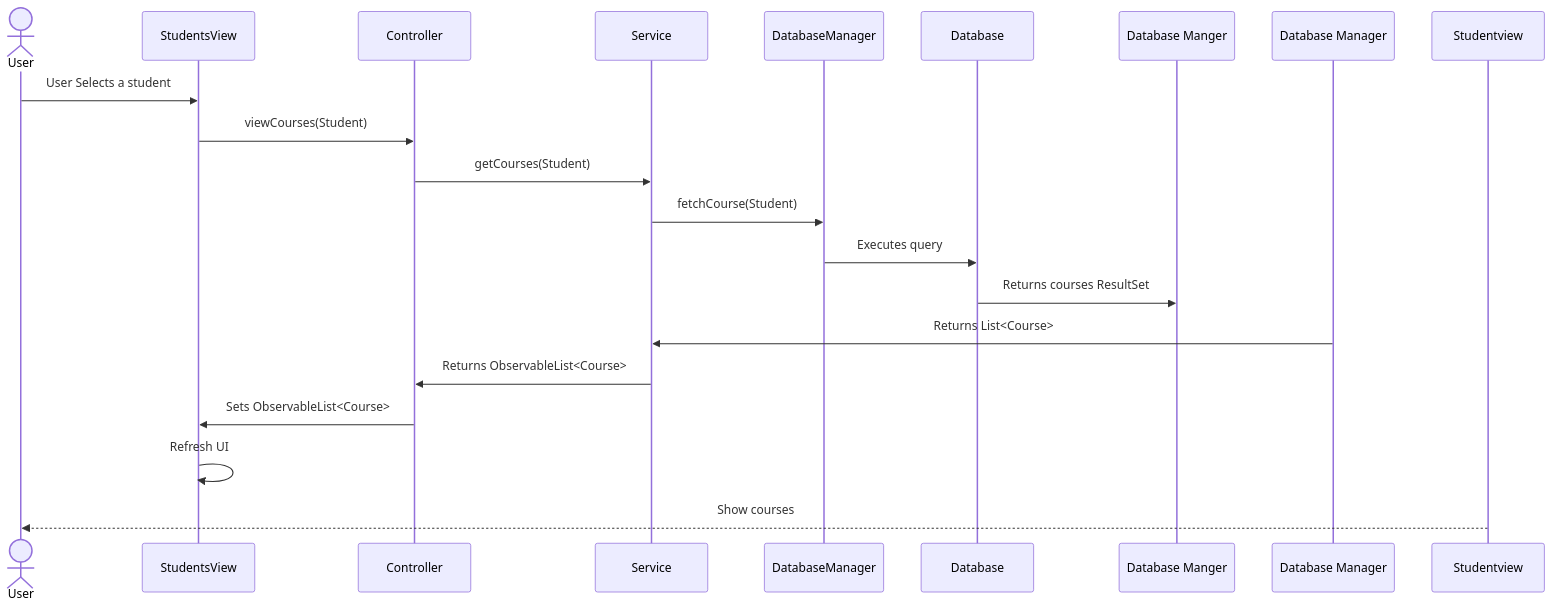
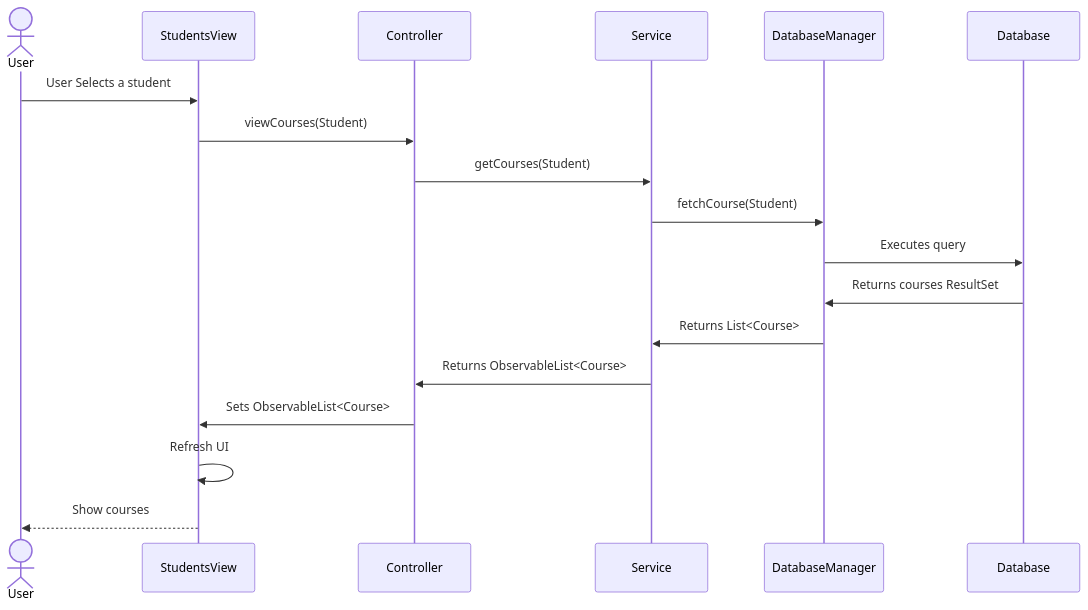
The third of 10 diagrams in README.md (Darth-218/Student-Grading-System), drawn with Mermaid before and after one commit. The commit also changed other lines of this file, not shown here.

````diff
--- a/README.md
+++ b/README.md
@@ -141,21 +136,16 @@
 ```mermaid
 sequenceDiagram
     actor User
-    participant StudentsView
-    participant Controller
-    participant Service
-    participant DatabaseManager
-    participant Database
 
     User->>StudentsView: User Selects a student
     StudentsView->>Controller: viewCourses(Student)
     Controller->>Service: getCourses(Student)
     Service->>DatabaseManager: fetchCourse(Student)
     DatabaseManager->>Database: Executes query 
-    Database->>Database Manger: Returns courses ResultSet
-    Database Manager->>Service: Returns List<Course>
+    Database->>DatabaseManager: Returns courses ResultSet
+    DatabaseManager->>Service: Returns List<Course>
     Service->>Controller: Returns ObservableList<Course>
     Controller->>StudentsView: Sets ObservableList<Course>
     StudentsView->>StudentsView: Refresh UI
-    Studentview-->>User: Show courses
+    StudentsView-->>User: Show courses
 ```
````
